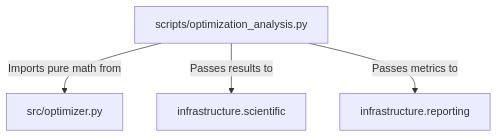
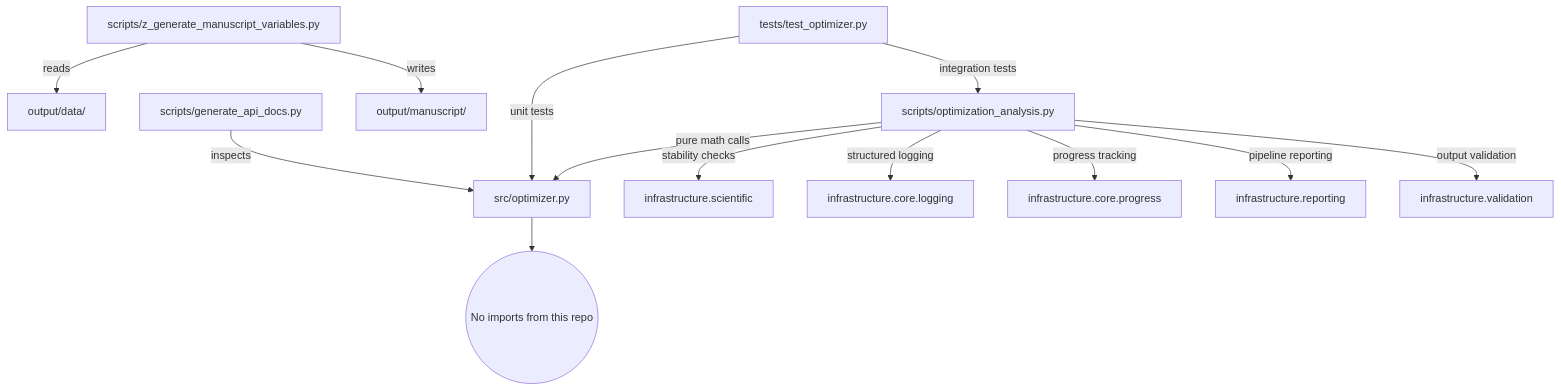
Before and after one commit to docxology/template: the diagram in projects/code_project/docs/architecture.md, drawn with Mermaid. The commit also changed other lines of this file and 596 other files, not shown here.

````diff
--- a/projects/code_project/docs/architecture.md
+++ b/projects/code_project/docs/architecture.md
@@ -11,6 +25,18 @@
 ```mermaid
 graph TD
-    A[scripts/optimization_analysis.py] -->|Imports pure math from| B[src/optimizer.py]
-    A -->|Passes results to| C[infrastructure.scientific]
-    A -->|Passes metrics to| D[infrastructure.reporting]
+    A[scripts/optimization_analysis.py] -->|pure math calls| B[src/optimizer.py]
+    A -->|stability checks| C[infrastructure.scientific]
+    A -->|structured logging| D[infrastructure.core.logging]
+    A -->|progress tracking| E[infrastructure.core.progress]
+    A -->|pipeline reporting| F[infrastructure.reporting]
+    A -->|output validation| G[infrastructure.validation]
+
+    H[scripts/generate_api_docs.py] -->|inspects| B
+    I[scripts/z_generate_manuscript_variables.py] -->|reads| J[output/data/]
+    I -->|writes| K[output/manuscript/]
+
+    L[tests/test_optimizer.py] -->|unit tests| B
+    L -->|integration tests| A
+
+    B --> M((No imports from this repo))
 ```
````
